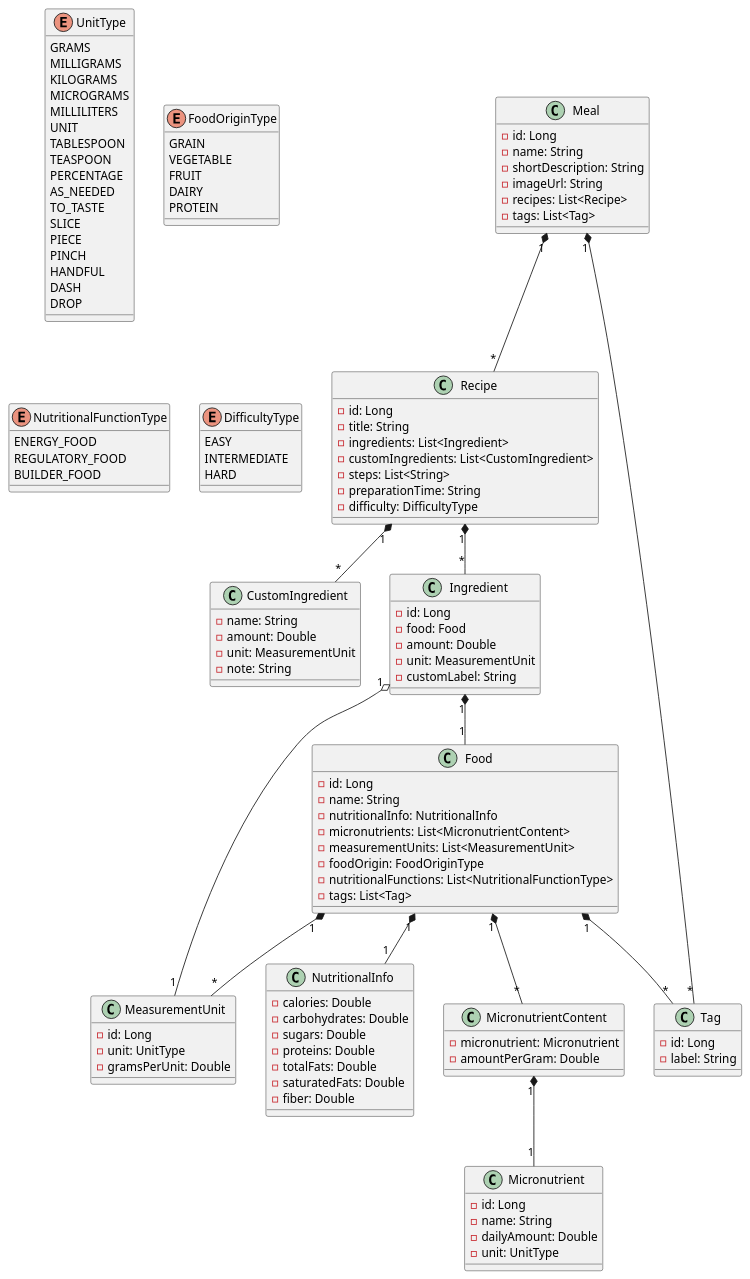
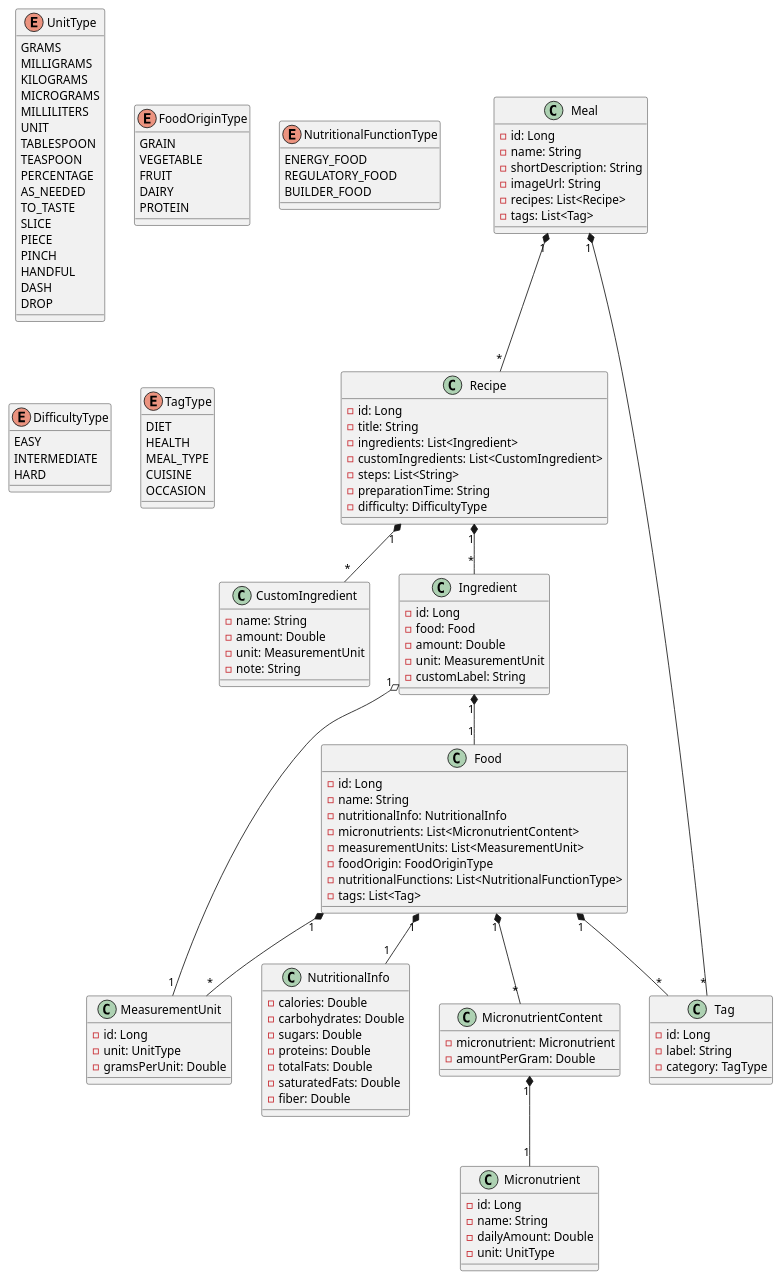
Before and after one commit to RodriLang/calorie-calculator: the diagram in src/main/resources/diagram.puml, drawn with PlantUML.

```diff
--- a/src/main/resources/diagram.puml
+++ b/src/main/resources/diagram.puml
@@ -1,145 +1,154 @@
 @startuml
 
 class Meal {
     - id: Long
     - name: String
     - shortDescription: String
     - imageUrl: String
     - recipes: List<Recipe>
     - tags: List<Tag>
 
 }
 
 class Recipe {
     - id: Long
     - title: String
     - ingredients: List<Ingredient>
     - customIngredients: List<CustomIngredient>
     - steps: List<String>
     - preparationTime: String
     - difficulty: DifficultyType
 }
 
 
 class Ingredient {
     - id: Long
     - food: Food
     - amount: Double
     - unit: MeasurementUnit
     - customLabel: String
 }
 
 
 class CustomIngredient {
     - name: String
     - amount: Double
     - unit: MeasurementUnit
     - note: String
 }
 
 
 class Food {
     - id: Long
     - name: String
     - nutritionalInfo: NutritionalInfo
     - micronutrients: List<MicronutrientContent>
     - measurementUnits: List<MeasurementUnit>
     - foodOrigin: FoodOriginType
     - nutritionalFunctions: List<NutritionalFunctionType>
     - tags: List<Tag>
 }
 
 
 class NutritionalInfo {
     - calories: Double
     - carbohydrates: Double
     - sugars: Double
     - proteins: Double
     - totalFats: Double
     - saturatedFats: Double
     - fiber: Double
 }
 
 class MicronutrientContent {
     - micronutrient: Micronutrient
     - amountPerGram: Double
 }
 
 class Micronutrient {
     - id: Long
     - name: String
     - dailyAmount: Double
     - unit: UnitType
 }
 
 class MeasurementUnit {
     - id: Long
     - unit: UnitType
     - gramsPerUnit: Double
 }
 
 class Tag {
     - id: Long
     - label: String
+    - category: TagType
 }
 
 
 Ingredient "1" *-- "1" Food
 Ingredient "1" o-- "1" MeasurementUnit
 
 Recipe "1" *-- "*" Ingredient
 Recipe "1" *-- "*" CustomIngredient
 
 Meal "1" *-- "*" Recipe
 Meal "1" *-- "*" Tag
 
 Food "1" *-- "1" NutritionalInfo
 Food "1" *-- "*" MeasurementUnit
 Food "1" *-- "*" MicronutrientContent
 Food "1" *-- "*" Tag
 
 MicronutrientContent "1" *-- "1" Micronutrient
 
 
 
 enum UnitType {
     GRAMS
     MILLIGRAMS
     KILOGRAMS
     MICROGRAMS
     MILLILITERS
     UNIT
     TABLESPOON
     TEASPOON
     PERCENTAGE
     AS_NEEDED
     TO_TASTE
     SLICE
     PIECE
     PINCH
     HANDFUL
     DASH
     DROP
 }
 
 enum FoodOriginType {
     GRAIN
     VEGETABLE
     FRUIT
     DAIRY
     PROTEIN
 }
 
 enum NutritionalFunctionType {
     ENERGY_FOOD
     REGULATORY_FOOD
     BUILDER_FOOD
 }
 
 enum DifficultyType {
     EASY
     INTERMEDIATE
     HARD
 }
 
+enum TagType {
+    DIET
+    HEALTH
+    MEAL_TYPE
+    CUISINE
+    OCCASION
+}
+
 @enduml
```
